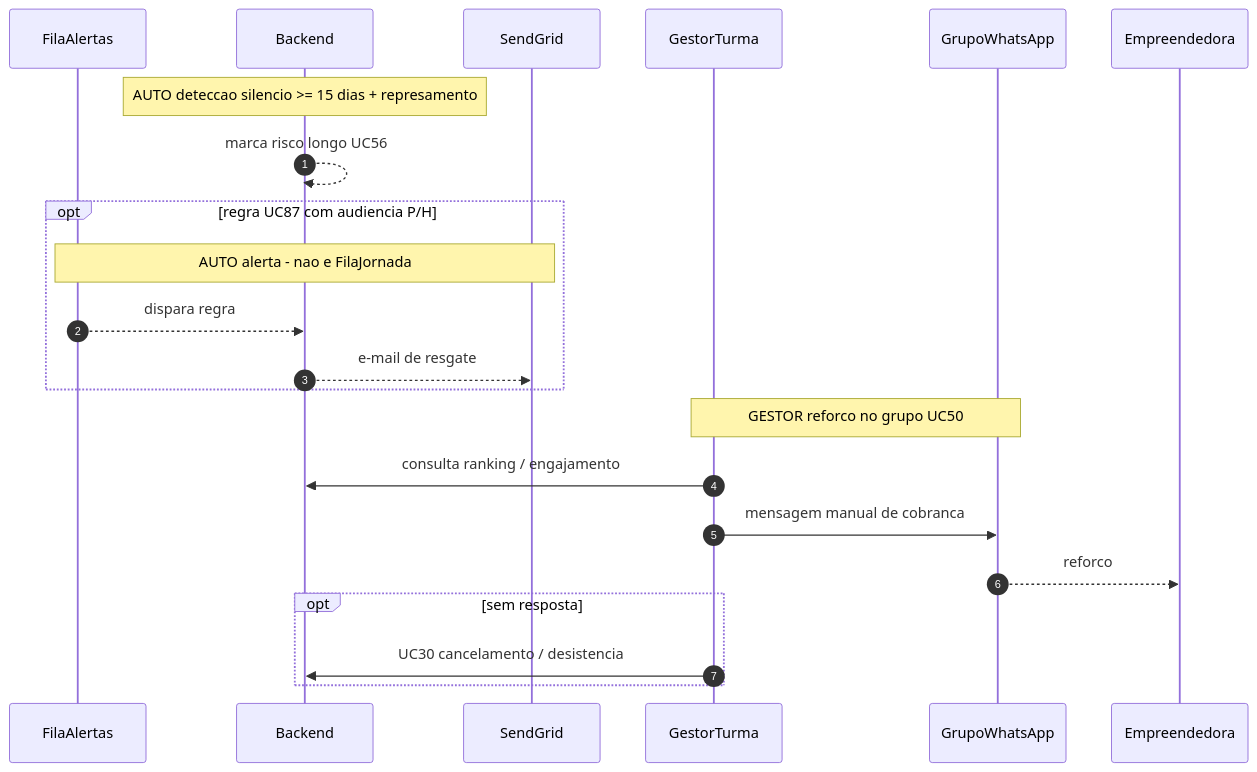
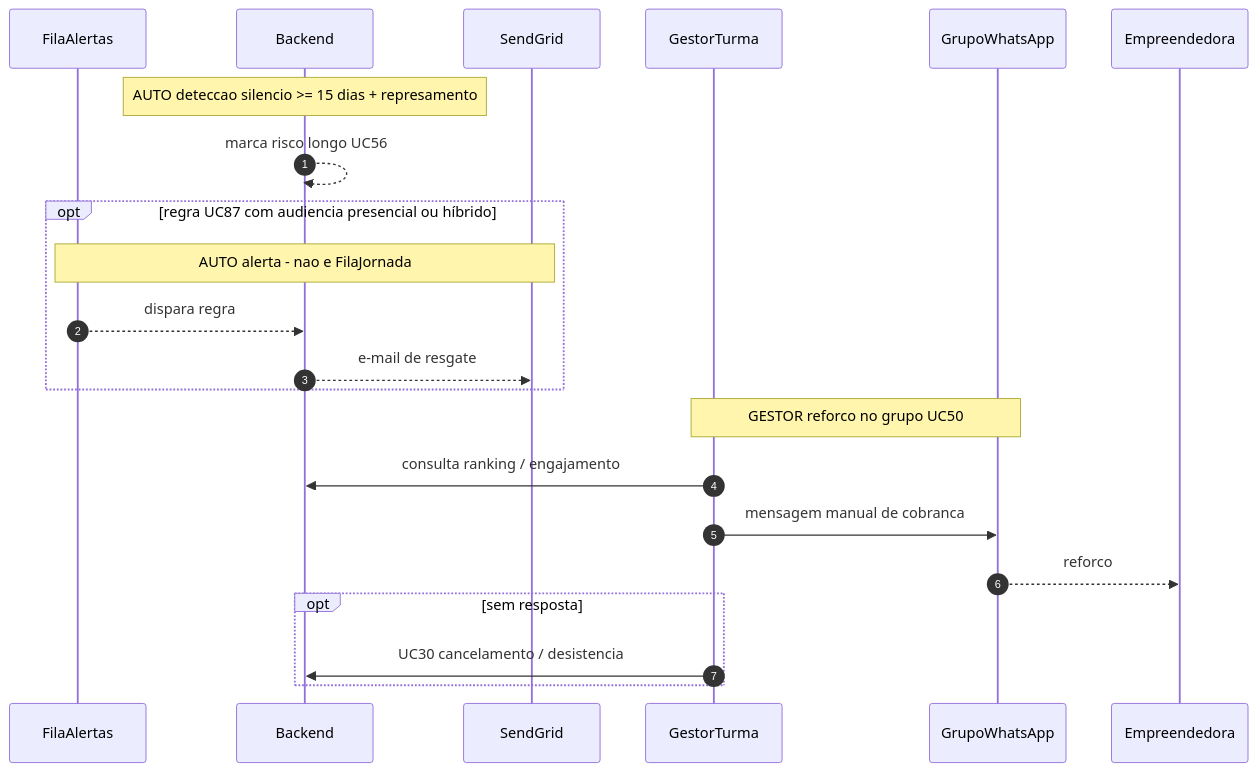
Before and after one commit to luciorogeriosp/cm_documentacao: the ninth of 11 diagrams in docs/jornadas/presencial-hibrido.md, drawn with Mermaid. The commit also changed other lines of this file and 76 other files, not shown here.

````diff
--- a/docs/jornadas/presencial-hibrido.md
+++ b/docs/jornadas/presencial-hibrido.md
@@ -421,27 +421,27 @@
 ```mermaid
 sequenceDiagram
   autonumber
   participant FilaAlertas
   participant Backend
   participant SendGrid
   participant GestorTurma
   participant GrupoWhatsApp
   participant Empreendedora
 
   Note over Backend: AUTO deteccao silencio >= 15 dias + represamento
   Backend -->> Backend: marca risco longo UC56
 
-  opt regra UC87 com audiencia P/H
+  opt regra UC87 com audiencia presencial ou híbrido
     Note over FilaAlertas,SendGrid: AUTO alerta - nao e FilaJornada
     FilaAlertas -->> Backend: dispara regra
     Backend -->> SendGrid: e-mail de resgate
   end
 
   Note over GestorTurma,GrupoWhatsApp: GESTOR reforco no grupo UC50
   GestorTurma ->> Backend: consulta ranking / engajamento
   GestorTurma ->> GrupoWhatsApp: mensagem manual de cobranca
   GrupoWhatsApp -->> Empreendedora: reforco
   opt sem resposta
     GestorTurma ->> Backend: UC30 cancelamento / desistencia
   end
 ```
````
